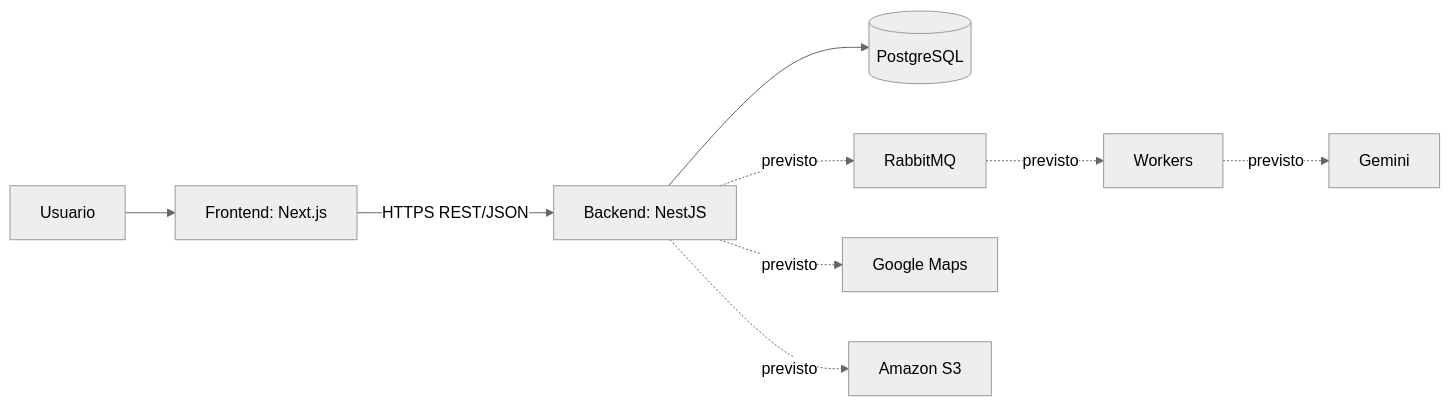
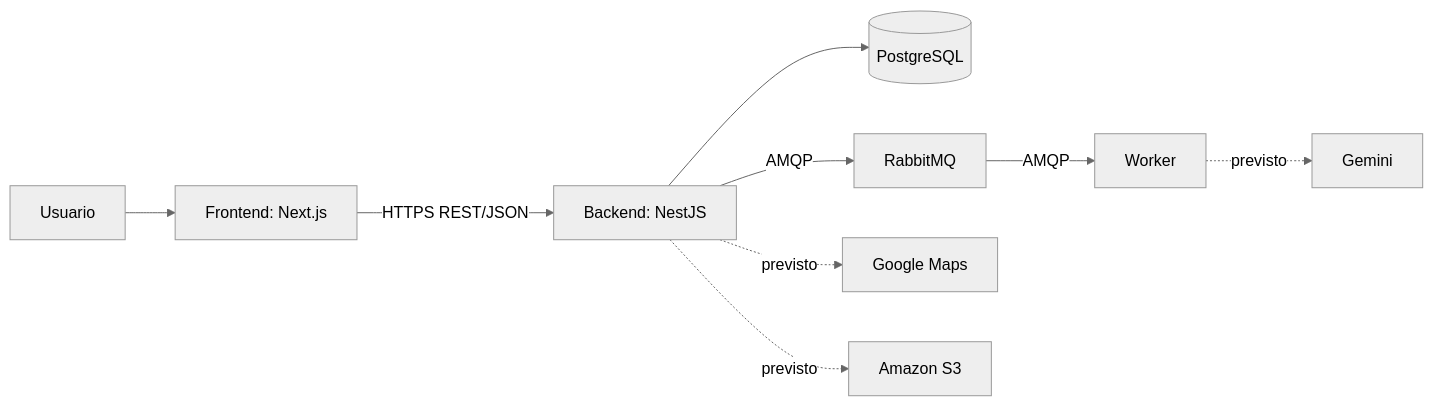
One commit to SmartPlan-UTN/SmartPlan-back changed the diagram in docs/arquitectura.md. Above: the diagram before and after it, drawn with Mermaid (neutral theme). The commit also changed other lines of this file and 34 other files, not shown here.

````diff
--- a/docs/arquitectura.md
+++ b/docs/arquitectura.md
@@ -12,11 +15,11 @@
 ```mermaid
 flowchart LR
     U[Usuario] --> FE[Frontend: Next.js]
     FE -->|HTTPS REST/JSON| BE[Backend: NestJS]
     BE --> DB[(PostgreSQL)]
-    BE -. previsto .-> MQ[RabbitMQ]
-    MQ -. previsto .-> W[Workers]
+    BE -->|AMQP| MQ[RabbitMQ]
+    MQ -->|AMQP| W[Worker]
     BE -. previsto .-> GM[Google Maps]
     W -. previsto .-> AI[Gemini]
     BE -. previsto .-> S3[Amazon S3]
 ```
````
